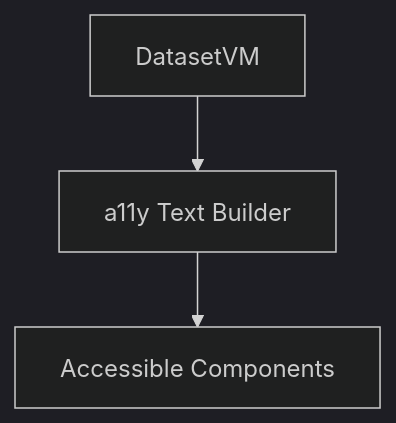
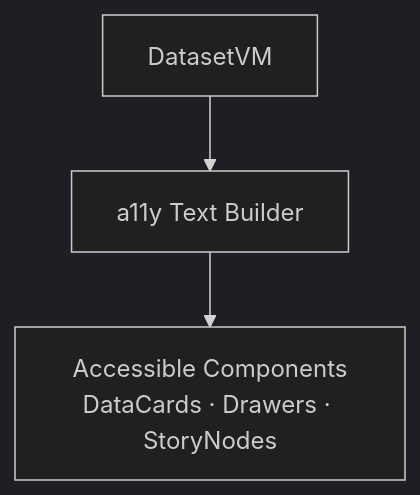
One commit to bartytime4life/Kansas-Frontier-Matrix changed the third of 3 diagrams in web/src/entities/datasets/README.md. Above: the diagram before and after it, drawn with Mermaid (dark theme). The commit also changed other lines of this file, not shown here.

````diff
--- a/web/src/entities/datasets/README.md
+++ b/web/src/entities/datasets/README.md
@@ -229,5 +345,5 @@
-```mermaid
+~~~mermaid
 flowchart TD
     DVM[DatasetVM] --> A11Y[a11y Text Builder]
-    A11Y --> UI[Accessible Components]
-```
+    A11Y --> UI[Accessible Components<br/>DataCards · Drawers · StoryNodes]
+~~~
````
